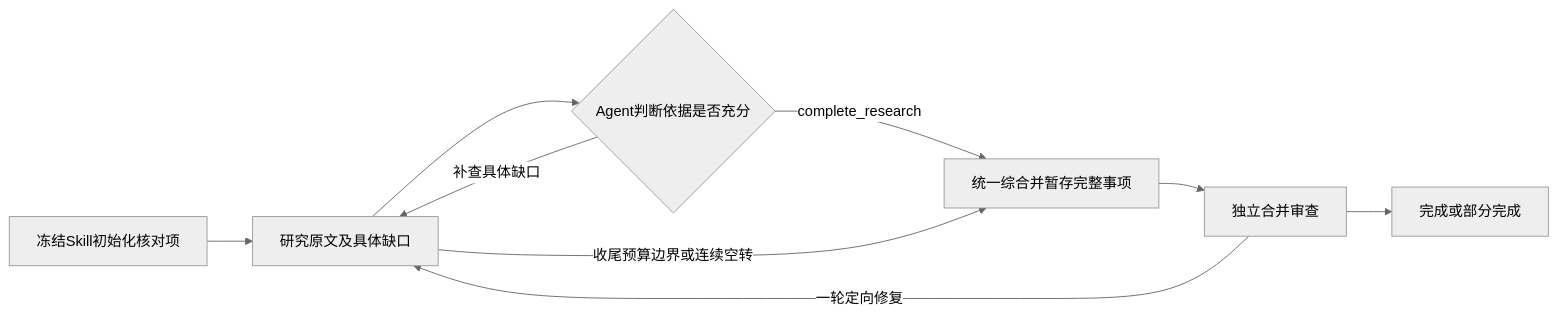
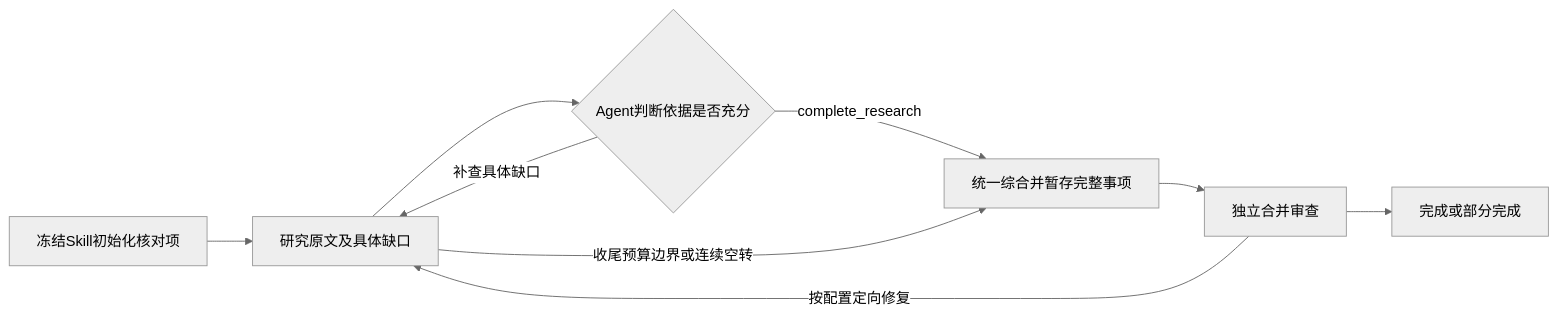
Before and after one commit to wph989/AI-tender: the diagram in docs/工程/14-解析Skill与运行护栏.md, drawn with Mermaid (neutral theme). The commit also changed other lines of this file and 101 other files, not shown here.

````diff
--- a/docs/工程/14-解析Skill与运行护栏.md
+++ b/docs/工程/14-解析Skill与运行护栏.md
@@ -9,11 +9,11 @@
 ```mermaid
 flowchart LR
     A[冻结Skill初始化核对项] --> B[研究原文及具体缺口]
     B --> C{Agent判断依据是否充分}
     C -->|补查具体缺口| B
     C -->|complete_research| D[统一综合并暂存完整事项]
     B -->|收尾预算边界或连续空转| D
     D --> E[独立合并审查]
-    E -->|一轮定向修复| B
+    E -->|按配置定向修复| B
     E --> F[完成或部分完成]
 ```
````
